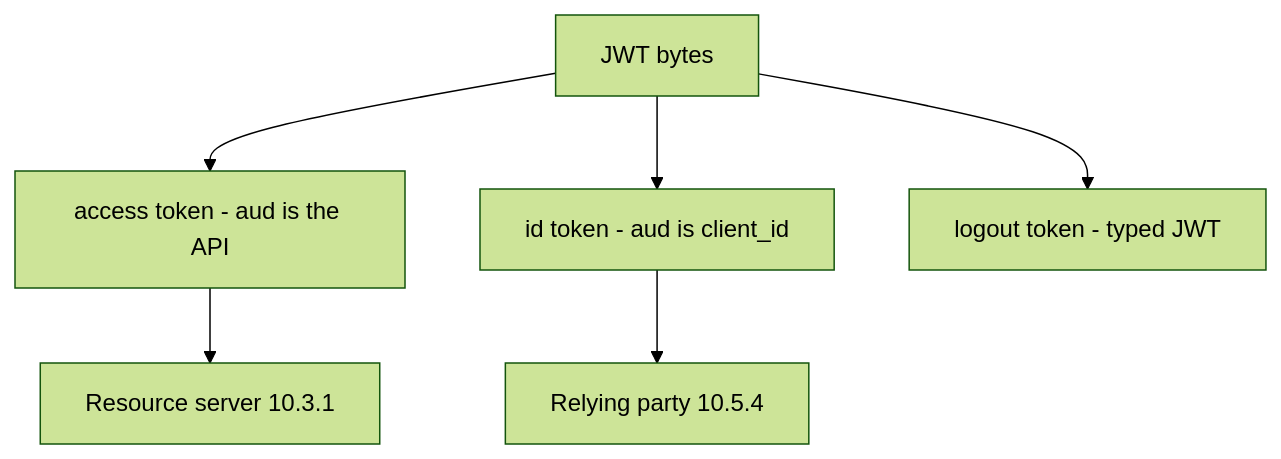
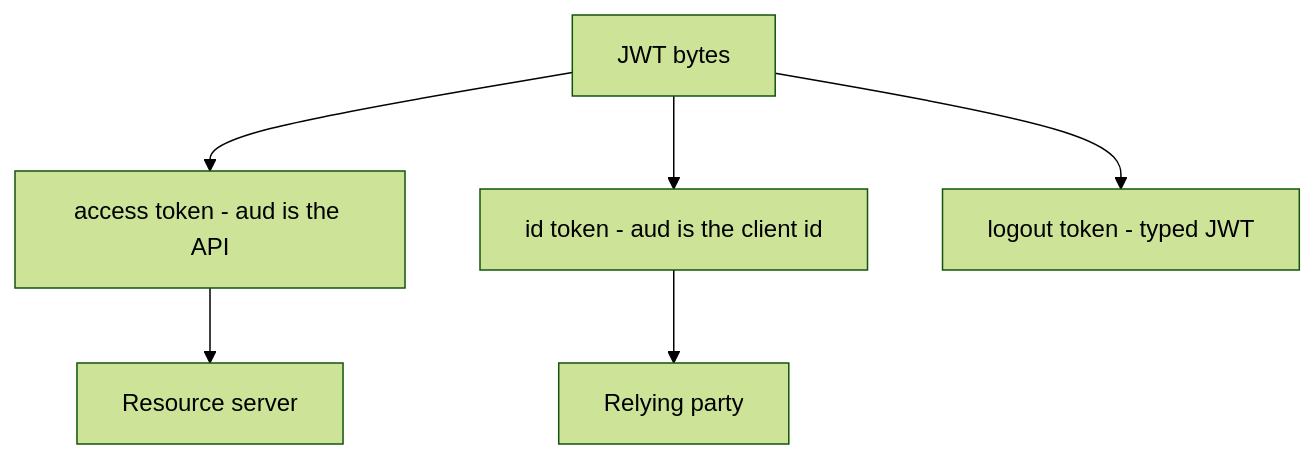
Before and after one commit to ishitvagoel/LearnSecurity: the second of 2 diagrams in content/modules/4/4.5/lessons/02-model.md, drawn with Mermaid (forest theme). The commit also changed other lines of this file and 39 other files, not shown here.

````diff
--- a/content/modules/4/4.5/lessons/02-model.md
+++ b/content/modules/4/4.5/lessons/02-model.md
@@ -34,8 +33,8 @@
 ```mermaid
 flowchart TD
   JWT[JWT bytes] --> Access["access token - aud is the API"]
-  JWT --> Id["id token - aud is client_id"]
+  JWT --> Id["id token - aud is the client id"]
   JWT --> Logout["logout token - typed JWT"]
-  Access --> RS["Resource server 10.3.1"]
-  Id --> RP["Relying party 10.5.4"]
+  Access --> RS["Resource server"]
+  Id --> RP["Relying party"]
 ```
````
